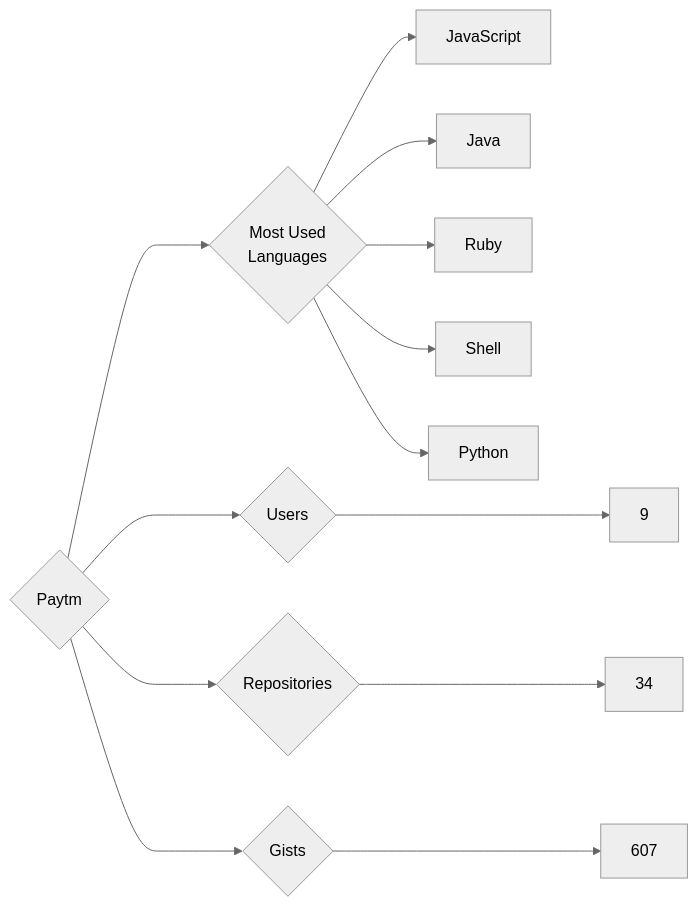
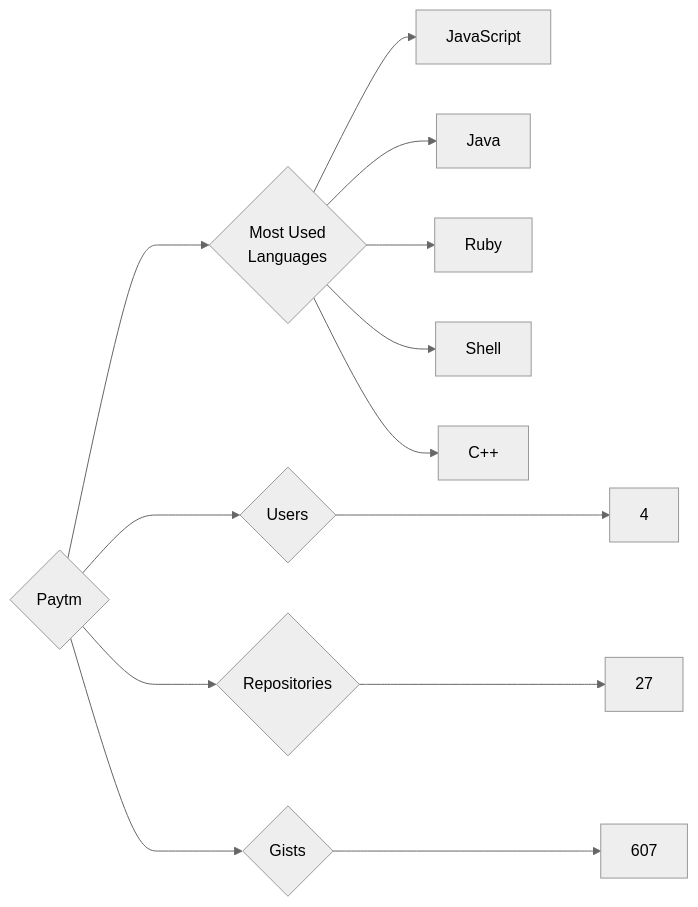
Before and after one commit to trickest/insiders: the diagram in targets/Paytm/README.md, drawn with Mermaid (neutral theme). The commit also changed 823 other files, not shown here.

````diff
--- a/targets/Paytm/README.md
+++ b/targets/Paytm/README.md
@@ -3,13 +3,13 @@
 ```mermaid
 graph LR
 COMPANY_NAME{Paytm}
-COMPANY_NAME ---> U{Users} ---> UN[9]
-COMPANY_NAME ---> R{Repositories} ---> RN[34]
+COMPANY_NAME ---> U{Users} ---> UN[4]
+COMPANY_NAME ---> R{Repositories} ---> RN[27]
 COMPANY_NAME ---> G{Gists} ---> GN[607]
 COMPANY_NAME ---> ML{Most Used<br>Languages}
 ML --> JavaScript[JavaScript]
 ML --> Java[Java]
 ML --> Ruby[Ruby]
 ML --> Shell[Shell]
-ML --> Python[Python]
+ML --> C++[C++]
 ```
````
